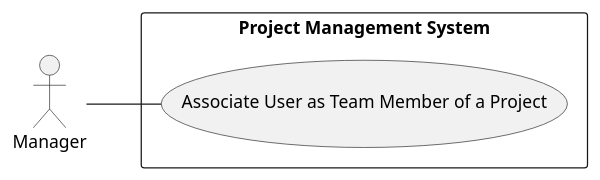
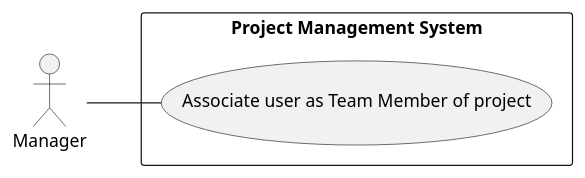
The diagram in docs/modelling_design/user_stories/us011/US011_AssociateTeamMemberUCD.puml (ivo-menezes/project_g3), drawn with PlantUML before and after one commit.

Commit message:
US011: Analysis: AssociateTeamMemberUCD

```diff
--- a/docs/modelling_design/user_stories/us011/US011_AssociateTeamMemberUCD.puml
+++ b/docs/modelling_design/user_stories/us011/US011_AssociateTeamMemberUCD.puml
@@ -1,10 +1,10 @@
 @startuml
 left to right direction
 
 "Manager"
 
 rectangle "Project Management System"{
-"Manager" -- (Associate User as Team Member of a Project)
+"Manager" -- (Associate user as Team Member of project)
 }
 
 @enduml
```
